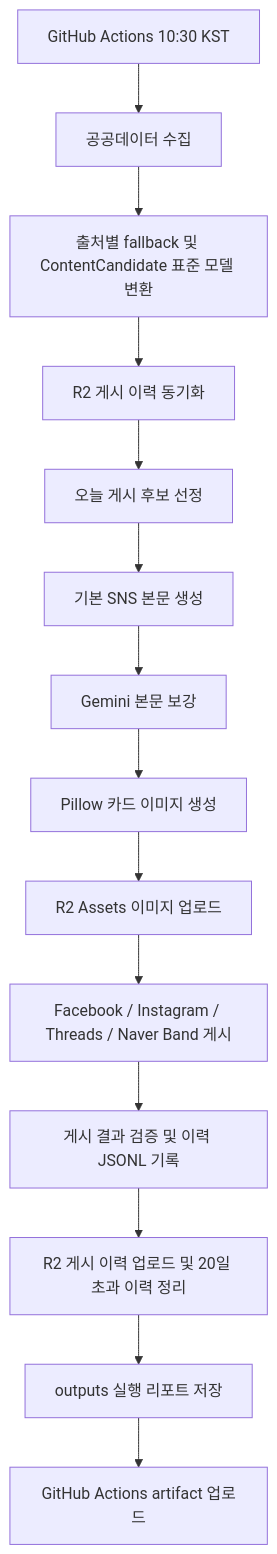
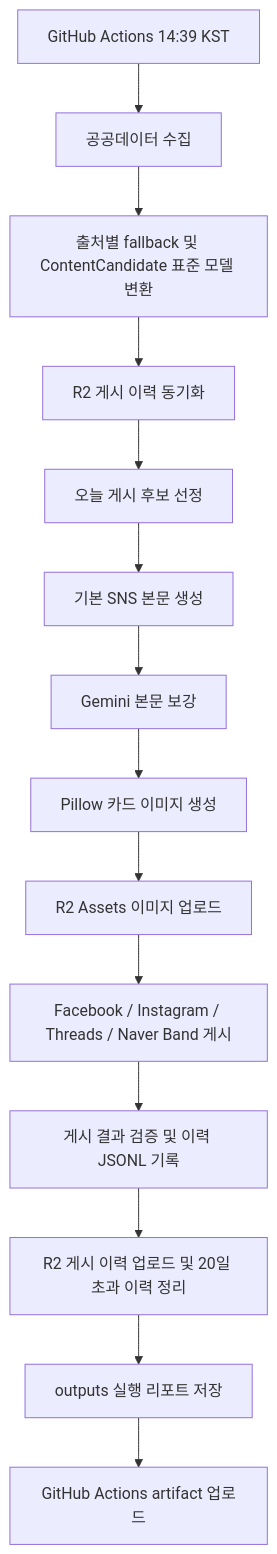
One commit to lhjunkr/public-data-automation changed the diagram in README.md. Above: the diagram before and after it, drawn with Mermaid. The commit also changed other lines of this file and 1 other file, not shown here.

````diff
--- a/README.md
+++ b/README.md
@@ -53,16 +53,16 @@
 ```mermaid
 flowchart TD
-    A["GitHub Actions 10:30 KST"] --> B["공공데이터 수집"]
+    A["GitHub Actions 14:39 KST"] --> B["공공데이터 수집"]
     B --> C["출처별 fallback 및 ContentCandidate 표준 모델 변환"]
     C --> D["R2 게시 이력 동기화"]
     D --> E["오늘 게시 후보 선정"]
     E --> F["기본 SNS 본문 생성"]
     F --> G["Gemini 본문 보강"]
     G --> H["Pillow 카드 이미지 생성"]
     H --> I["R2 Assets 이미지 업로드"]
     I --> J["Facebook / Instagram / Threads / Naver Band 게시"]
     J --> K["게시 결과 검증 및 이력 JSONL 기록"]
     K --> L["R2 게시 이력 업로드 및 20일 초과 이력 정리"]
     L --> M["outputs 실행 리포트 저장"]
     M --> N["GitHub Actions artifact 업로드"]
 ```
````
